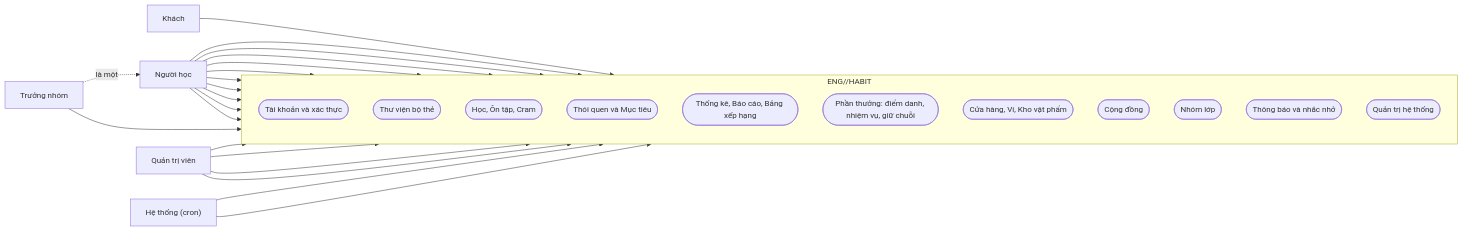
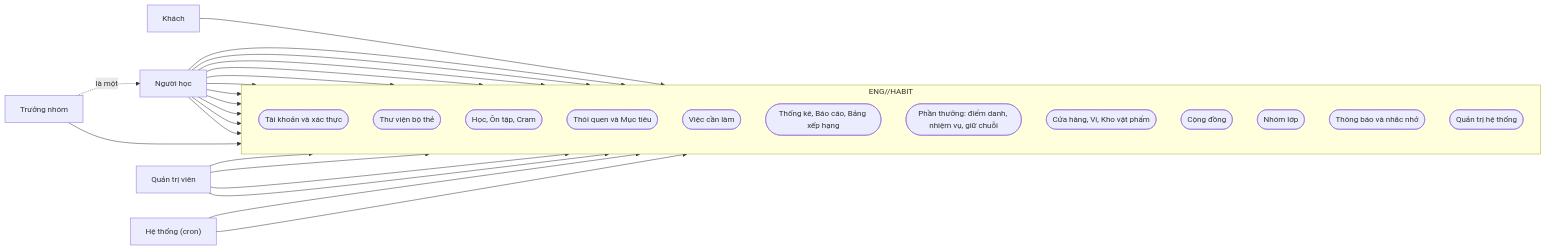
One commit to brannthichmeo-create/enghabit changed the first of 22 diagrams in docs/chuc-nang-va-luong-nghiep-vu.md. Above: the diagram before and after it, drawn with Mermaid. The commit also changed other lines of this file and 19 other files, not shown here.

````diff
--- a/docs/chuc-nang-va-luong-nghiep-vu.md
+++ b/docs/chuc-nang-va-luong-nghiep-vu.md
@@ -60,43 +61,45 @@
 ```mermaid
 flowchart LR
     Guest["Khách"]
     Learner["Người học"]
     Leader["Trưởng nhóm"]
     Admin["Quản trị viên"]
     Cron["Hệ thống (cron)"]
 
     subgraph SYS["ENG//HABIT"]
         direction TB
         P1(["Tài khoản và xác thực"])
         P2(["Thư viện bộ thẻ"])
         P3(["Học, Ôn tập, Cram"])
         P4(["Thói quen và Mục tiêu"])
+        P12(["Việc cần làm"])
         P5(["Thống kê, Báo cáo, Bảng xếp hạng"])
         P6(["Phần thưởng: điểm danh, nhiệm vụ, giữ chuỗi"])
         P7(["Cửa hàng, Ví, Kho vật phẩm"])
         P8(["Cộng đồng"])
         P9(["Nhóm lớp"])
         P10(["Thông báo và nhắc nhở"])
         P11(["Quản trị hệ thống"])
     end
 
     Guest --> P1
     Learner --> P1
     Learner --> P2
     Learner --> P3
     Learner --> P4
+    Learner --> P12
     Learner --> P5
     Learner --> P6
     Learner --> P7
     Learner --> P8
     Learner --> P9
     Learner --> P10
     Leader --> P9
     Admin --> P1
     Admin --> P10
     Admin --> P11
     Admin --> P8
     Cron --> P6
     Cron --> P10
     Leader -.->|"là một"| Learner
 ```
````
